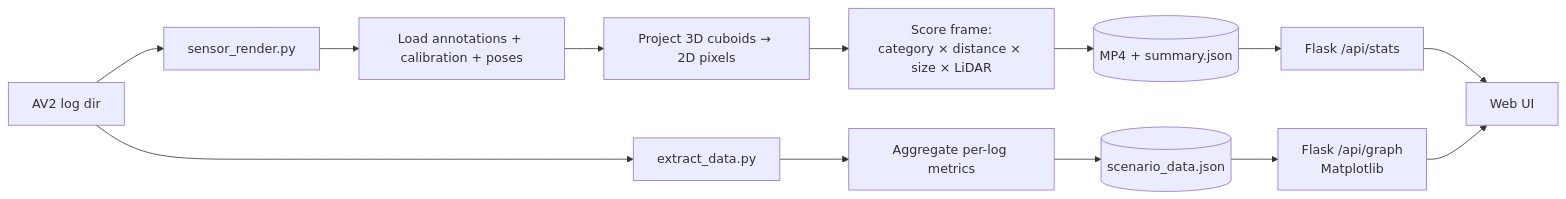
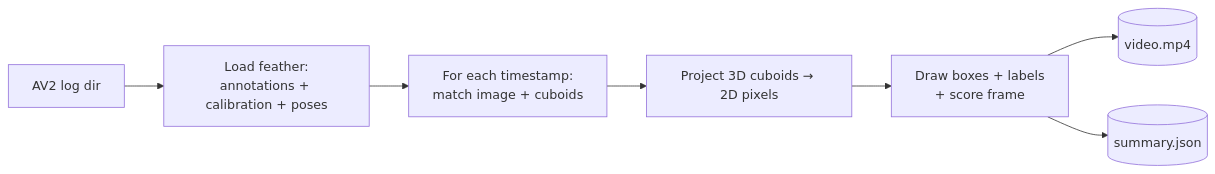
The first of 2 diagrams in README.md (WilleGyr/AV_City_Comparison), drawn with Mermaid before and after one commit. The commit also changed other lines of this file, not shown here.

````diff
--- a/README.md
+++ b/README.md
@@ -161,15 +186,9 @@
 ```mermaid
 flowchart LR
-  A[AV2 log dir] --> B[sensor_render.py]
-  B --> C[Load annotations + calibration + poses]
+  A[AV2 log dir] --> B[Load feather:<br/>annotations + calibration + poses]
+  B --> C[For each timestamp:<br/>match image + cuboids]
   C --> D[Project 3D cuboids → 2D pixels]
-  D --> E[Score frame:<br/>category × distance × size × LiDAR]
-  E --> F[(MP4 + summary.json)]
-  A --> G[extract_data.py]
-  G --> H[Aggregate per-log metrics]
-  H --> I[(scenario_data.json)]
-  F --> J[Flask /api/stats]
-  I --> K[Flask /api/graph<br/>Matplotlib]
-  J --> L[Web UI]
-  K --> L
+  D --> E[Draw boxes + labels<br/>+ score frame]
+  E --> F[(video.mp4)]
+  E --> G[(summary.json)]
 ```
````
